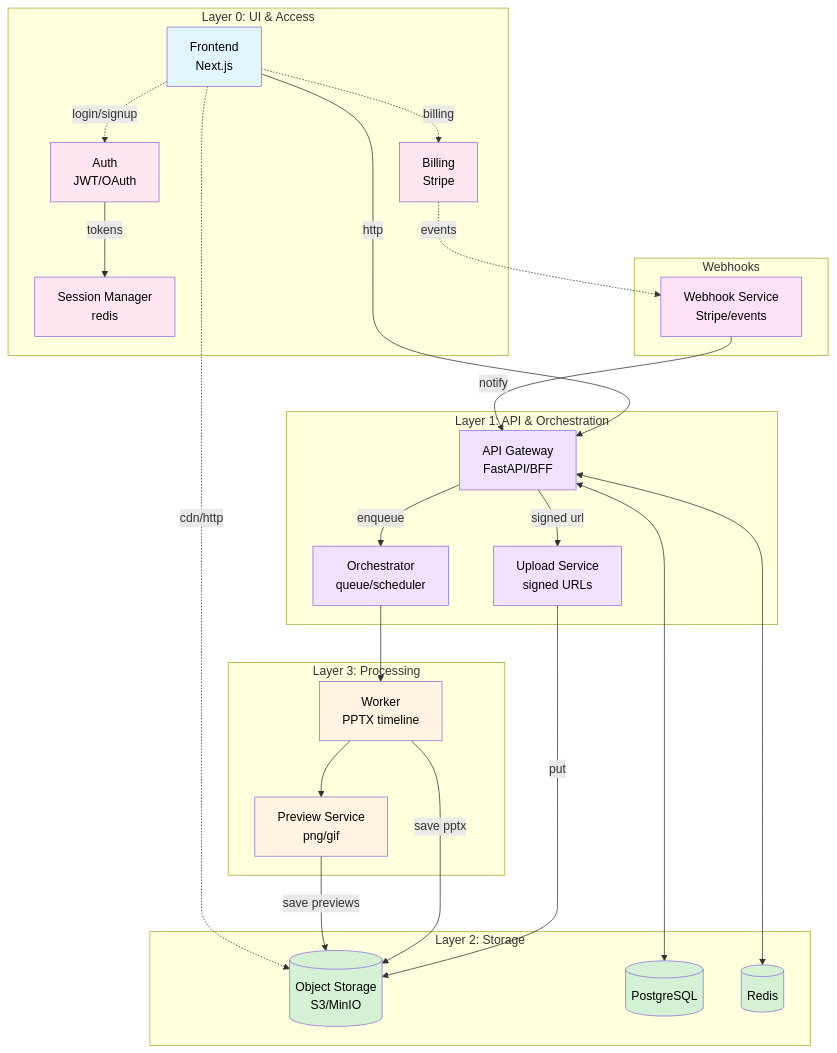
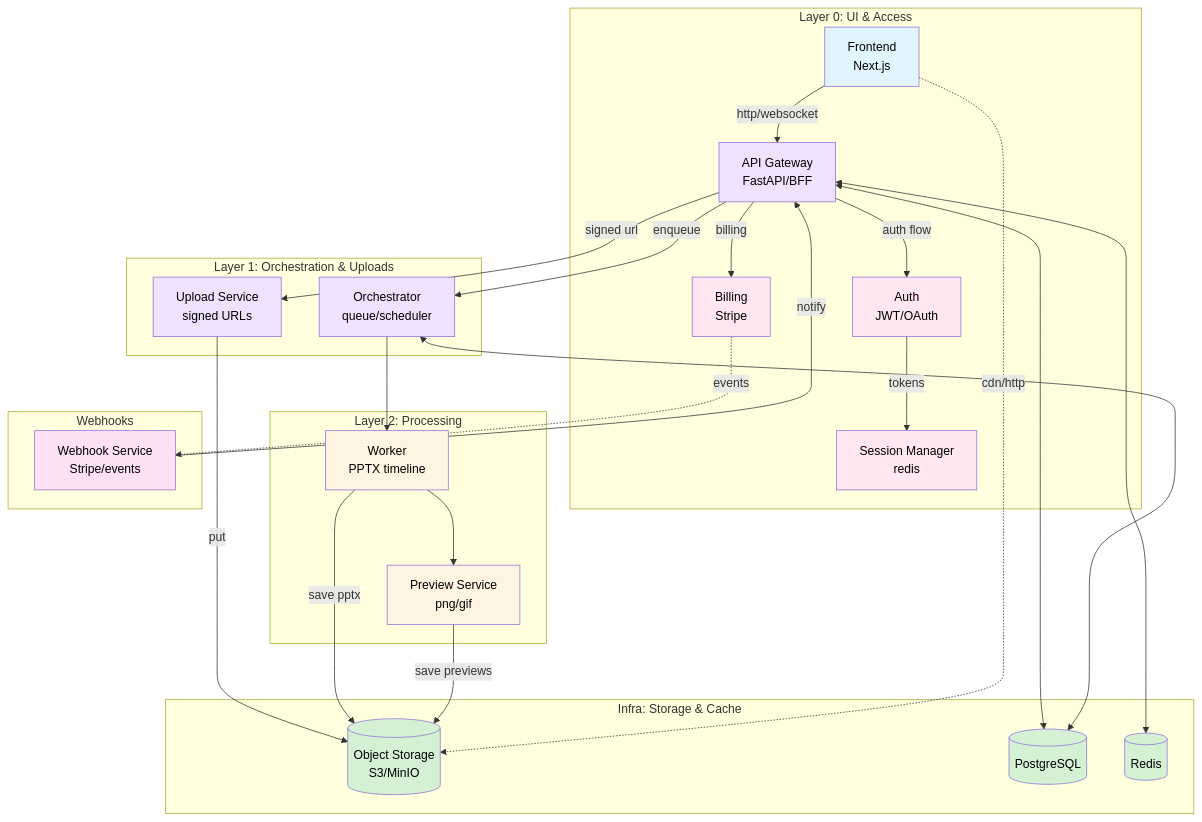
One commit to Don-Yin/timeline-craft changed the diagram in README.MD. Above: the diagram before and after it, drawn with Mermaid. The commit also changed other lines of this file and 15 other files, not shown here.

````diff
--- a/README.MD
+++ b/README.MD
@@ -60,63 +61,64 @@
 ```mermaid
 graph TB
   subgraph "Layer 0: UI & Access"
     FE[Frontend<br/>Next.js]
+    API[API Gateway<br/>FastAPI/BFF]
     AUTH[Auth<br/>JWT/OAuth]
     BILL[Billing<br/>Stripe]
     SESS[Session Manager<br/>redis]
-    FE -.login/signup.-> AUTH
+    FE -->|http/websocket| API
+    API -->|auth flow| AUTH
     AUTH -->|tokens| SESS
-    FE -.billing.-> BILL
+    API -->|billing| BILL
   end
 
-  subgraph "Layer 1: API & Orchestration"
-    API[API Gateway<br/>FastAPI/BFF]
+  subgraph "Layer 1: Orchestration & Uploads"
     UP[Upload Service<br/>signed URLs]
     JOBS[Orchestrator<br/>queue/scheduler]
-    FE -->|http| API
     API -->|signed url| UP
     API -->|enqueue| JOBS
   end
 
-  subgraph "Layer 2: Storage"
+  subgraph "Infra: Storage & Cache"
     OBJ[(Object Storage<br/>S3/MinIO)]
     DB[(PostgreSQL)]
     CACHE[(Redis)]
     UP -->|put| OBJ
     API <--> DB
     API <--> CACHE
+    JOBS <--> DB
   end
 
-  subgraph "Layer 3: Processing"
+  subgraph "Layer 2: Processing"
     WRK[Worker<br/>PPTX timeline]
     PREV[Preview Service<br/>png/gif]
     JOBS --> WRK
     WRK -->|save pptx| OBJ
     WRK --> PREV
     PREV -->|save previews| OBJ
   end
 
   subgraph "Webhooks"
     WH[Webhook Service<br/>Stripe/events]
     BILL -.events.-> WH
     WH -->|notify| API
   end
 
   FE -.cdn/http.-> OBJ
 
   style FE fill:#e1f5ff,color:#000
   style AUTH fill:#ffe6f0,color:#000
   style BILL fill:#ffe6f0,color:#000
   style SESS fill:#ffe6f0,color:#000
   style API fill:#f0e1ff,color:#000
   style UP fill:#f0e1ff,color:#000
   style JOBS fill:#f0e1ff,color:#000
   style OBJ fill:#d4f1d4,color:#000
   style DB fill:#d4f1d4,color:#000
   style CACHE fill:#d4f1d4,color:#000
   style WRK fill:#fff4e1,color:#000
   style PREV fill:#fff4e1,color:#000
   style WH fill:#ffe1f5,color:#000
 
   click FE "frontend/" "Open frontend app"
 ```
````
